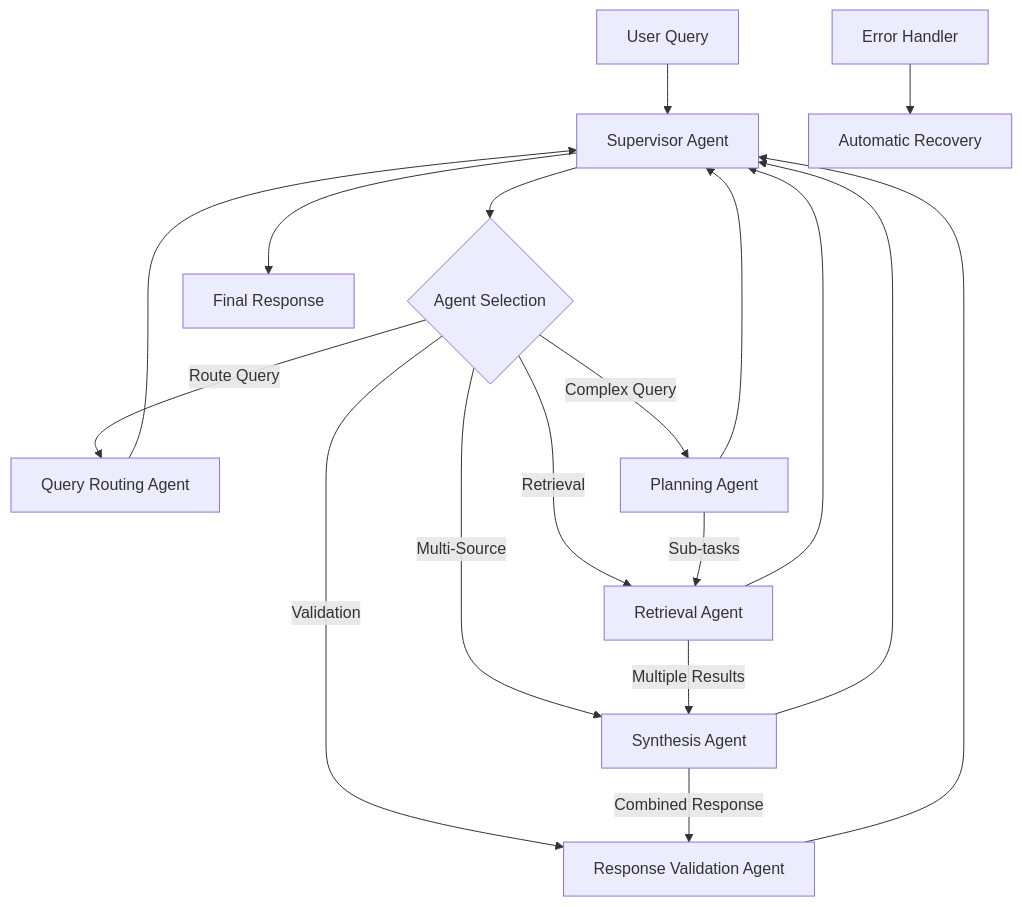
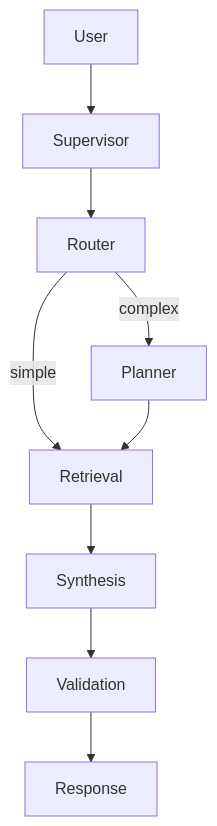
One commit to BjornMelin/docmind-ai-llm changed the diagram in docs/developers/adrs/ADR-011-agent-orchestration-framework.md. Above: the diagram before and after it, drawn with Mermaid. The commit also changed other lines of this file and 30 other files, not shown here.

````diff
--- a/docs/developers/adrs/ADR-011-agent-orchestration-framework.md
+++ b/docs/developers/adrs/ADR-011-agent-orchestration-framework.md
@@ -116,25 +53,11 @@
 ```mermaid
 graph TD
-    A[User Query] --> B[Supervisor Agent]
-    B --> C{Agent Selection}
-    
-    C -->|Route Query| D[Query Routing Agent]
-    C -->|Complex Query| E[Planning Agent]
-    C -->|Retrieval| F[Retrieval Agent] 
-    C -->|Multi-Source| G[Synthesis Agent]
-    C -->|Validation| H[Response Validation Agent]
-    
-    D --> B
-    E --> B
-    F --> B
-    G --> B
-    H --> B
-    
-    E -->|Sub-tasks| F
-    F -->|Multiple Results| G
-    G -->|Combined Response| H
-    
-    B --> I[Final Response]
-    
-    J[Error Handler] --> K[Automatic Recovery]
+  U[User] --> S[Supervisor]
+  S --> R[Router]
+  R -->|complex| P[Planner]
+  R -->|simple| T[Retrieval]
+  P --> T
+  T --> Y[Synthesis]
+  Y --> V[Validation]
+  V --> O[Response]
 ```
````
